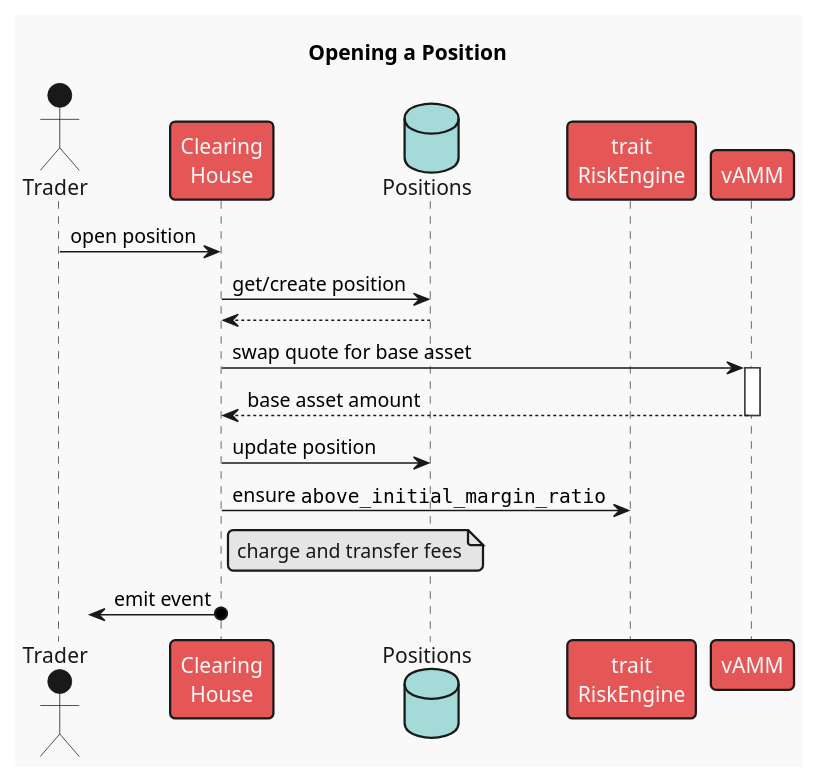
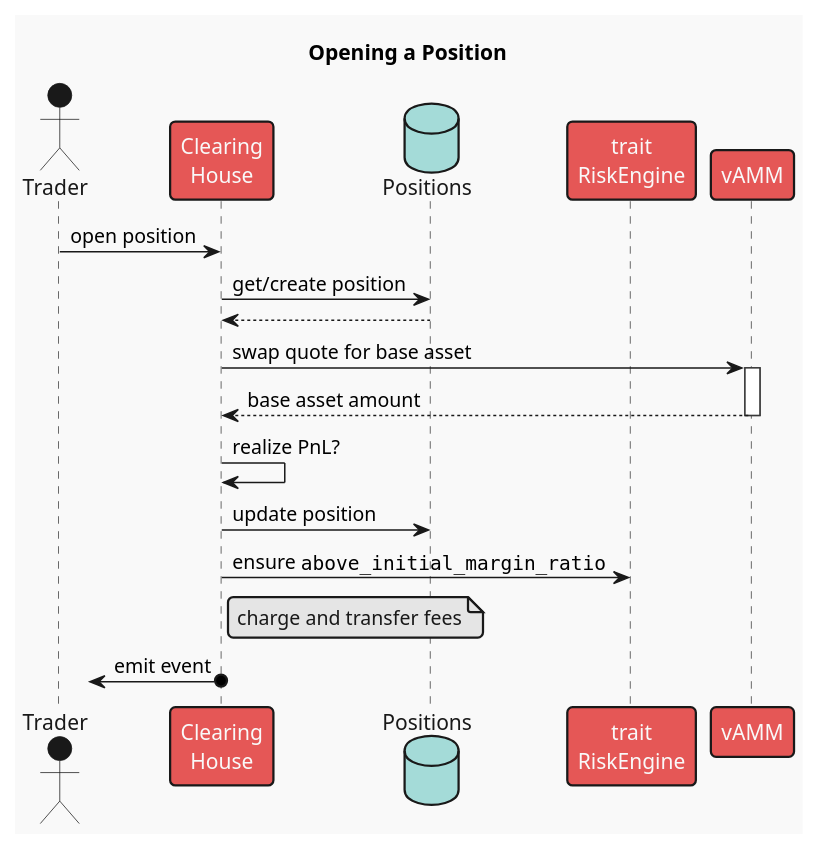
The diagram in frame/clearing-house/diagrams/open-position.plantuml (ComposableFi/composable), drawn with PlantUML before and after one commit. The commit also changed 1 other file, not shown here.

Commit message:
docs(CH): update sequence and class diagrams

```diff
--- a/frame/clearing-house/diagrams/open-position.plantuml
+++ b/frame/clearing-house/diagrams/open-position.plantuml
@@ -1,31 +1,33 @@
 @startuml open_position
 !theme mars
 skinparam responseMessageBelowArrow true
 
 title Opening a Position
 
 actor Trader
 participant "Clearing\nHouse" as ClearingHouse
 database "Positions" as Storage
 participant "trait\nRiskEngine" as RE
 participant vAMM
 
 Trader -> ClearingHouse : open position
 
 ClearingHouse -> Storage : get/create position
 return
 'note right ClearingHouse: compute quote asset\nnotional amount
 
 ClearingHouse -> vAMM ++ : swap quote for base asset
 return base asset amount
 
+ClearingHouse -> ClearingHouse : realize PnL?
+
 ClearingHouse -> Storage : update position
 
 'RiskEngine
 ClearingHouse -> RE : ensure ""above_initial_margin_ratio""
 'note right ClearingHouse : ensure margin ratio\nabove MMR
 
 note right ClearingHouse: charge and transfer fees
 
 ?<-o ClearingHouse : emit event
 @enduml
```
